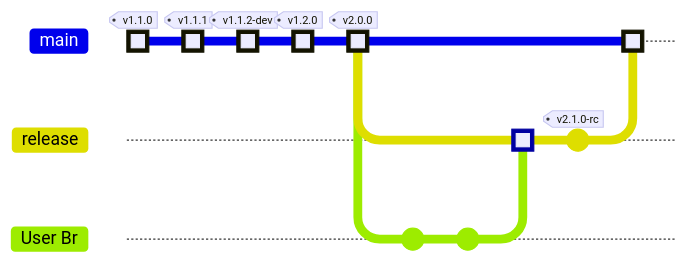
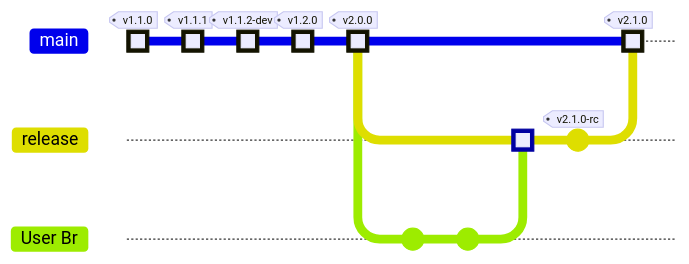
The second of 2 diagrams in docs/guides/gitops/run/guide_run_gitops_release_me_process.md (boromir674/automated-workflows), drawn with Mermaid before and after one commit. The commit also changed other lines of this file, not shown here. Commit ids are hidden.

Commit message:
docs: include Next Steps, for Release Me Run Guide

````diff
--- a/docs/guides/gitops/run/guide_run_gitops_release_me_process.md
+++ b/docs/guides/gitops/run/guide_run_gitops_release_me_process.md
@@ -134,21 +134,21 @@
 ```mermaid
     %%{init: { 'logLevel': 'debug', 'theme': 'gitGraph': {'rotateCommitLabel': false, 'showBranches': true, 'showCommitLabel':true, 'mainBranchName': 'main / master'}} }%%
         gitGraph
             commit id: "[NEW] 1.1.0" type: HIGHLIGHT tag: "v1.1.0"
             commit id: "[FIX] 1.1.1" type: HIGHLIGHT tag: "v1.1.1"
             commit id: "[DEV] 1.1.2-dev" type: HIGHLIGHT tag: "v1.1.2-dev"
             commit id: "[NEW] 1.2.0" type: HIGHLIGHT tag: "v1.2.0"
             commit id: "[NEW] 2.0.0" type: HIGHLIGHT tag: "v2.0.0"
             branch release
 
             branch "User Br"
             commit
             commit id: "new feat"
 
             checkout release
             merge "User Br" id: "Merge" type: HIGHLIGHT
             commit id: "CHANGELOG.md" tag: "v2.1.0-rc"
 
             checkout main
-            merge release id: "[NEW] 2.1.0" type: HIGHLIGHT
+            merge release id: "[NEW] 2.1.0" type: HIGHLIGHT tag: "v2.1.0"
 ```
````
